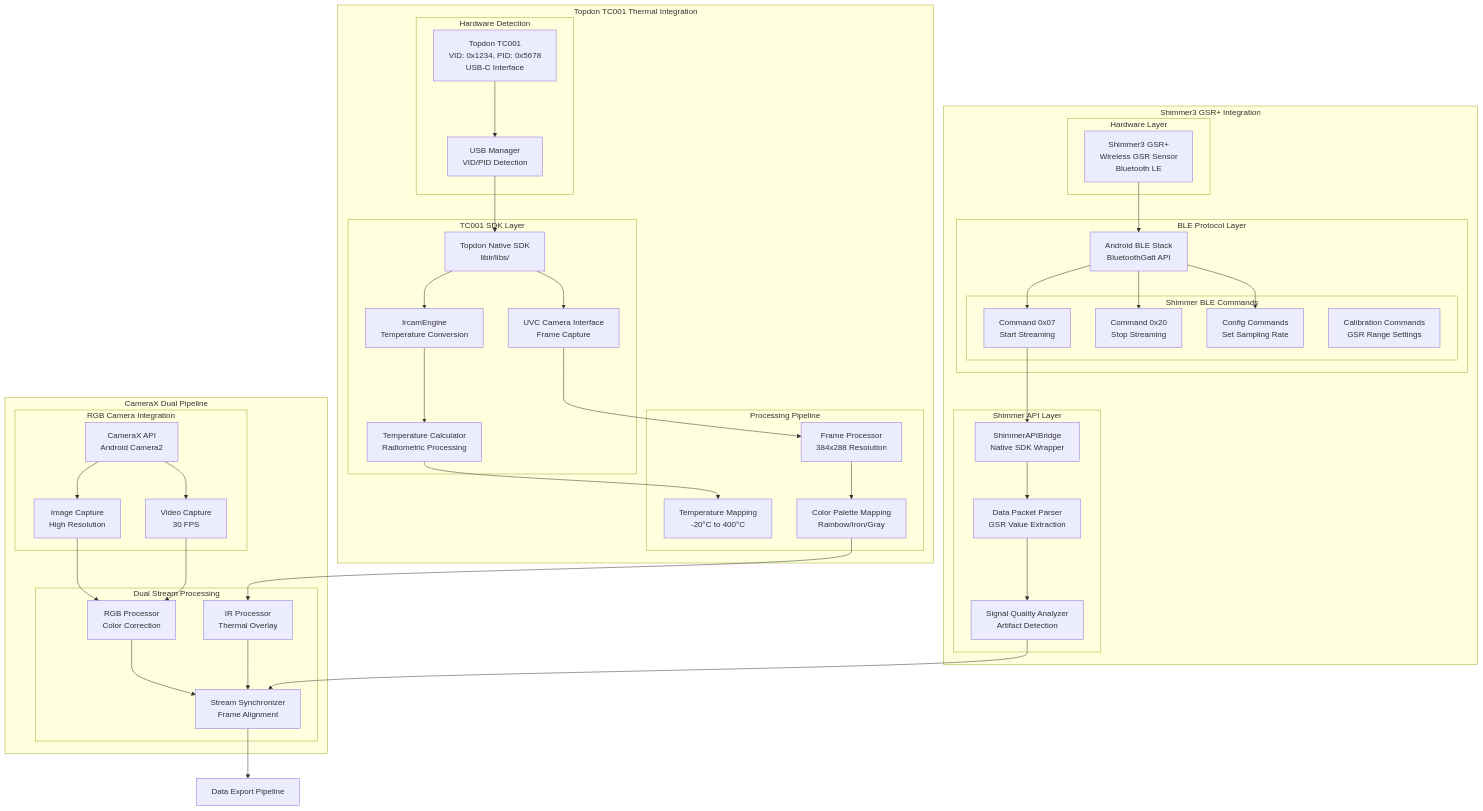
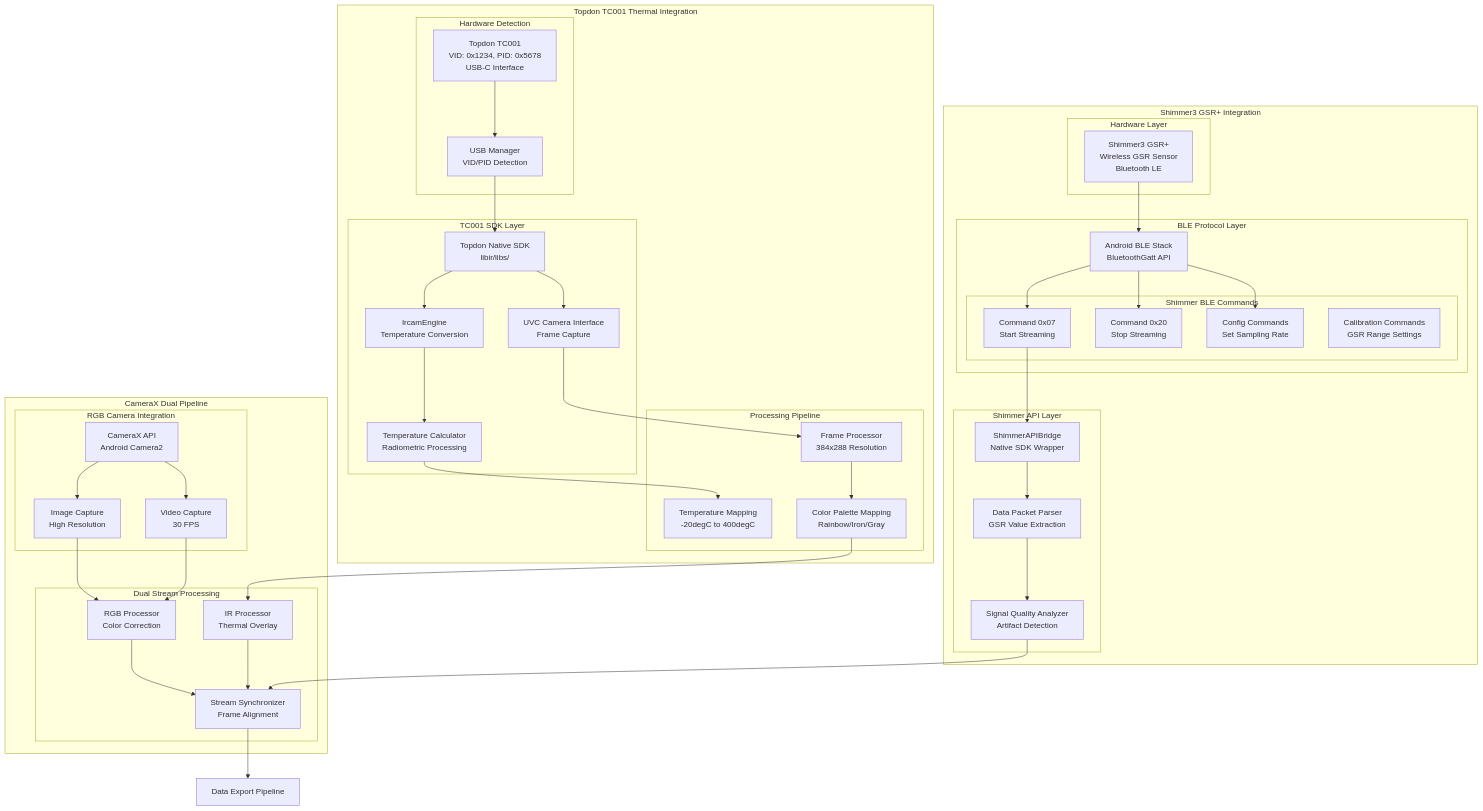
Before and after one commit to uclgsr/IRCamera: diagram 14 of 23 in docs/COMPREHENSIVE_ARCHITECTURE_DIAGRAMS.md, drawn with Mermaid. The commit also changed other lines of this file and 1 other file, not shown here.

```diff
--- a/docs/COMPREHENSIVE_ARCHITECTURE_DIAGRAMS.md
+++ b/docs/COMPREHENSIVE_ARCHITECTURE_DIAGRAMS.md
@@ -1561,7 +1561,7 @@
         
         subgraph "Processing Pipeline"
             FrameProc[Frame Processor<br/>384x288 Resolution]
-            TempMap[Temperature Mapping<br/>-20°C to 400°C]
+            TempMap[Temperature Mapping<br/>-20degC to 400degC]
             ColorMap[Color Palette Mapping<br/>Rainbow/Iron/Gray]
         end
     end
```
